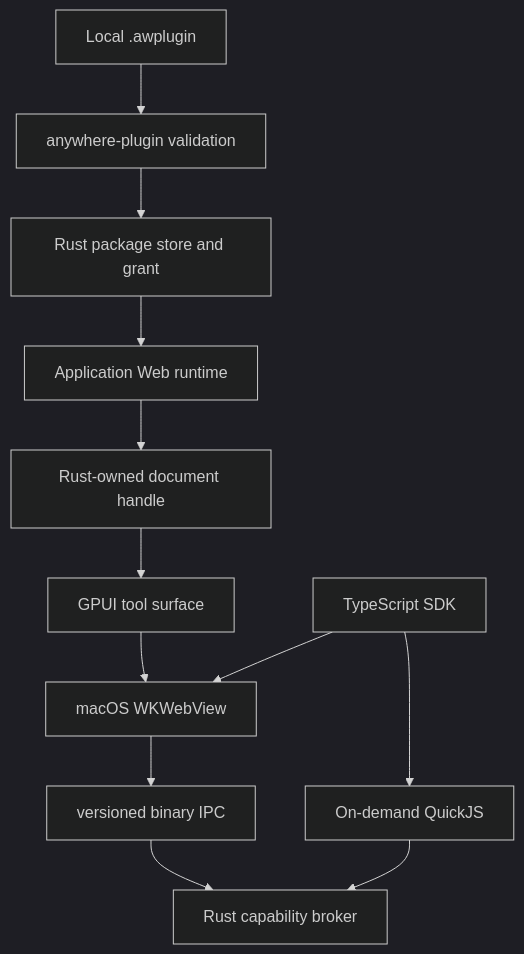
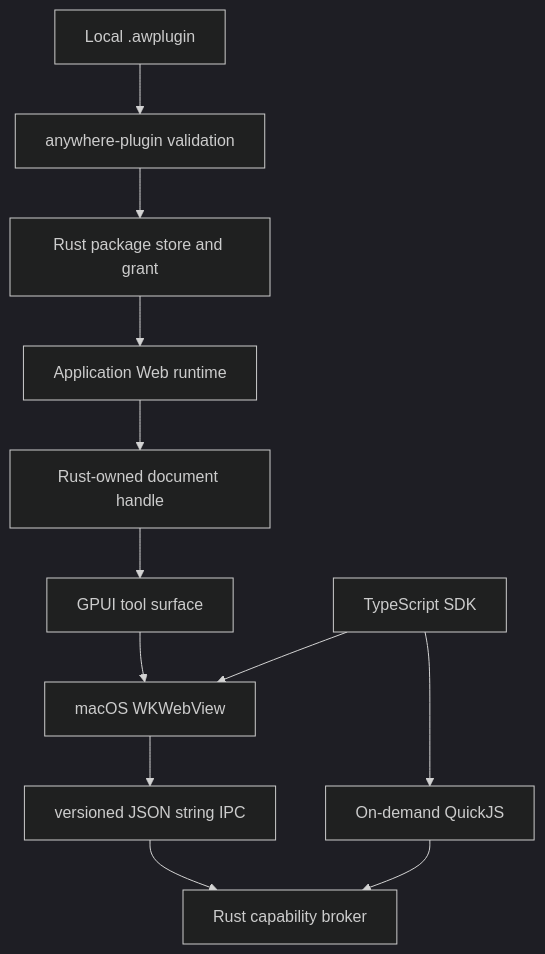
Before and after one commit to FantasyDream/Anywhere: the diagram in docs/web-plugin-design.md, drawn with Mermaid (dark theme). The commit also changed other lines of this file and 320 other files, not shown here.

````diff
--- a/docs/web-plugin-design.md
+++ b/docs/web-plugin-design.md
@@ -20,14 +20,14 @@
 ```mermaid
 flowchart TD
   Package[Local .awplugin] --> Validate[anywhere-plugin validation]
   Validate --> Store[Rust package store and grant]
   Store --> Runtime[Application Web runtime]
   Runtime --> Handle[Rust-owned document handle]
   Handle --> GPUI[GPUI tool surface]
   GPUI --> WebView[macOS WKWebView]
-  WebView --> IPC[versioned binary IPC]
+  WebView --> IPC[versioned JSON string IPC]
   IPC --> Broker[Rust capability broker]
   Background[On-demand QuickJS] --> Broker
   SDK[TypeScript SDK] --> WebView
   SDK --> Background
 ```
````
